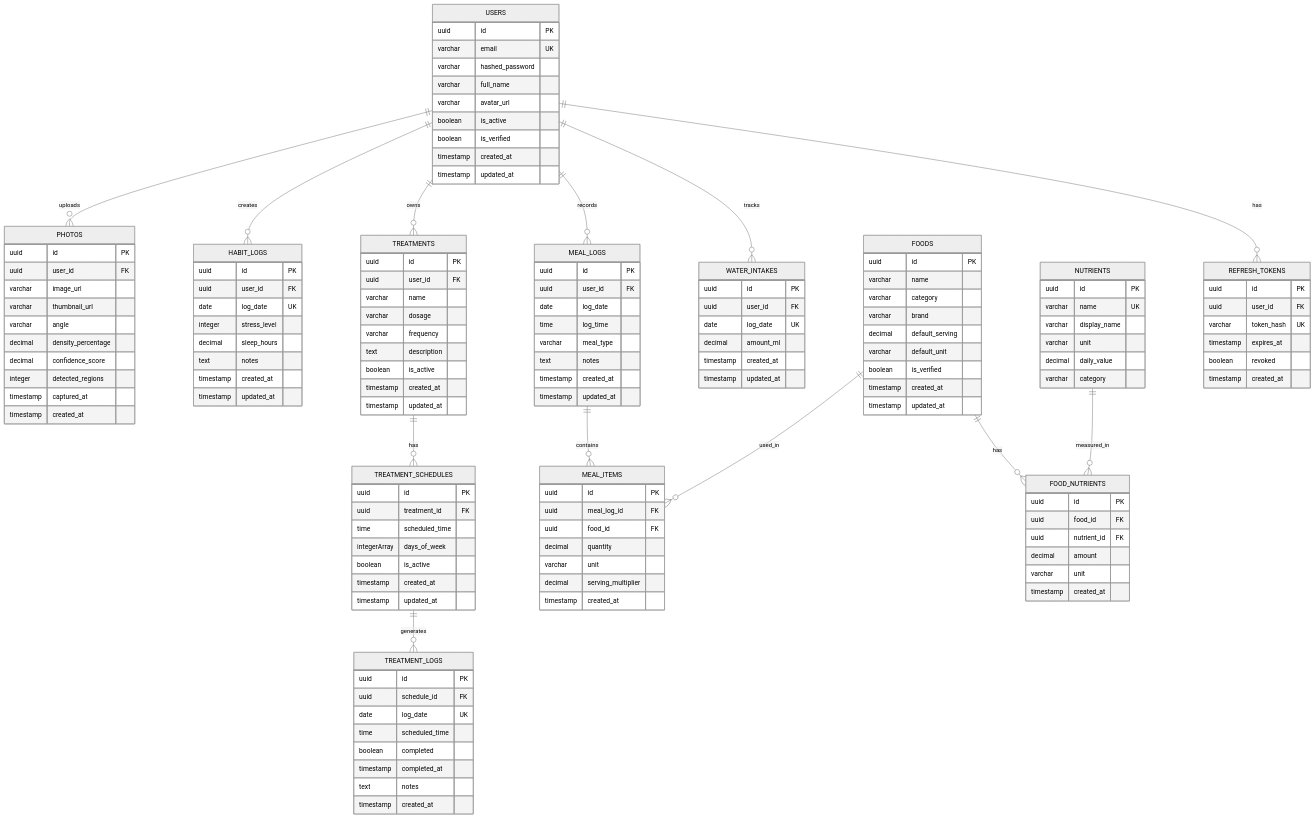
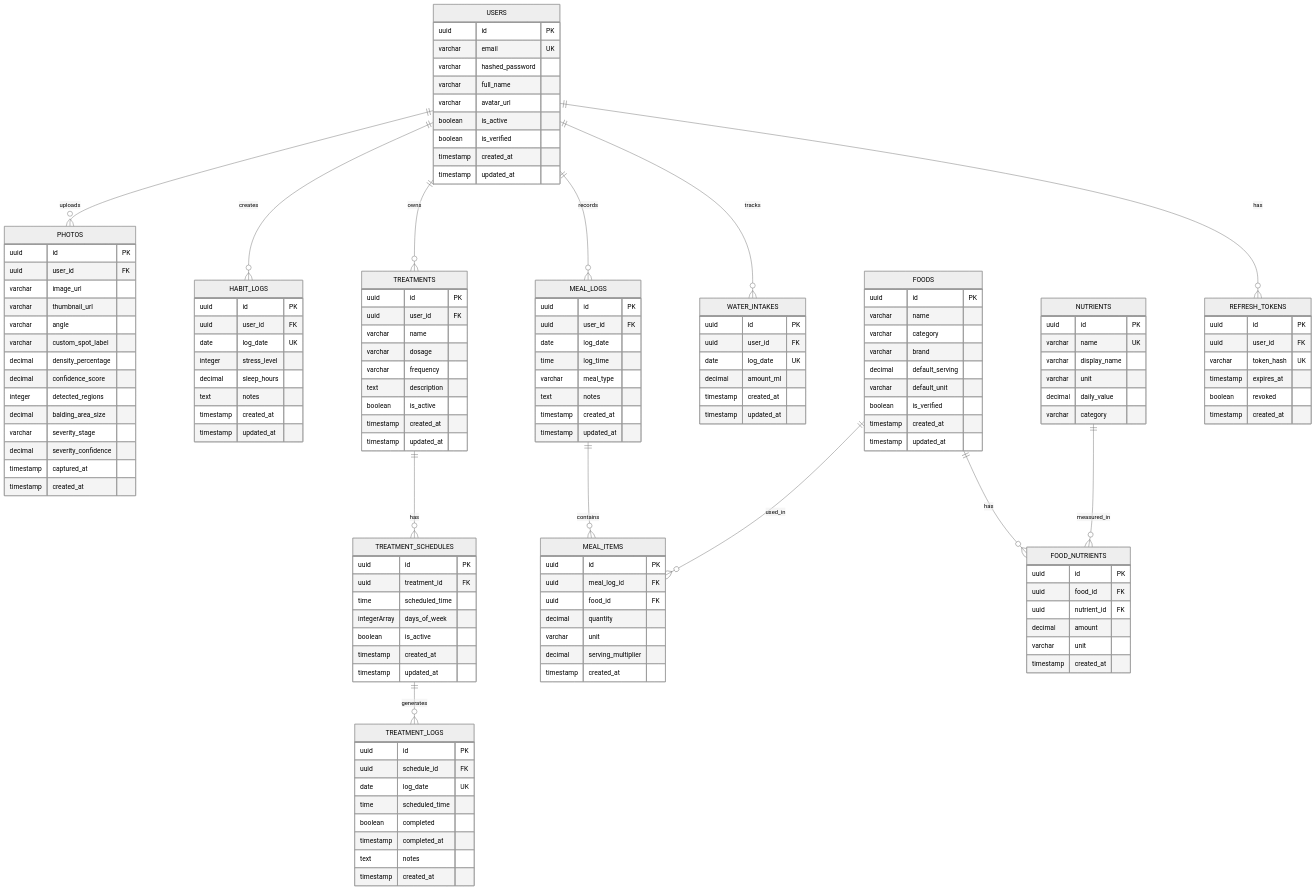
The diagram in Documentation/DATABASE-SCHEMA.md (petrushandika/Scalp-Analytics), drawn with Mermaid (neutral theme) before and after one commit. The commit also changed other lines of this file and 5 other files, not shown here.

```diff
--- a/Documentation/DATABASE-SCHEMA.md
+++ b/Documentation/DATABASE-SCHEMA.md
@@ -44,9 +44,13 @@
         varchar image_url
         varchar thumbnail_url
         varchar angle
+        varchar custom_spot_label
         decimal density_percentage
         decimal confidence_score
         integer detected_regions
+        decimal balding_area_size
+        varchar severity_stage
+        decimal severity_confidence
         timestamp captured_at
         timestamp created_at
     }
```
